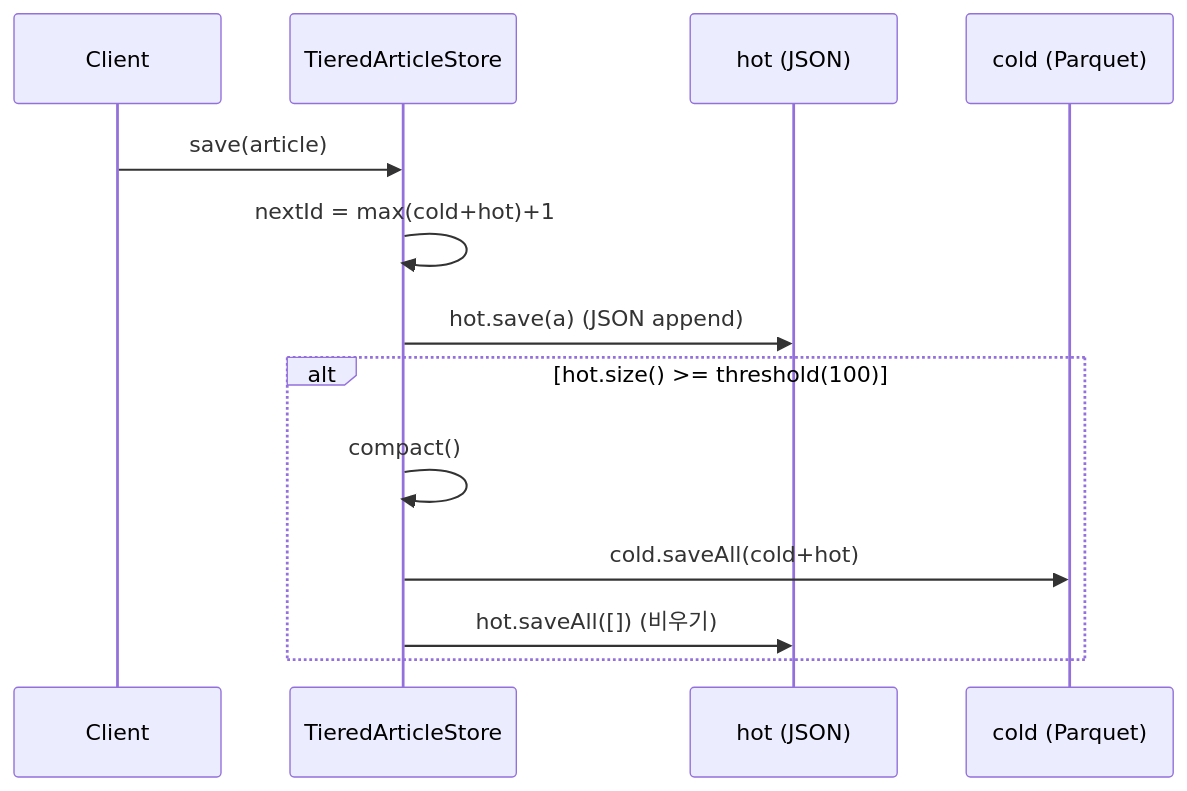
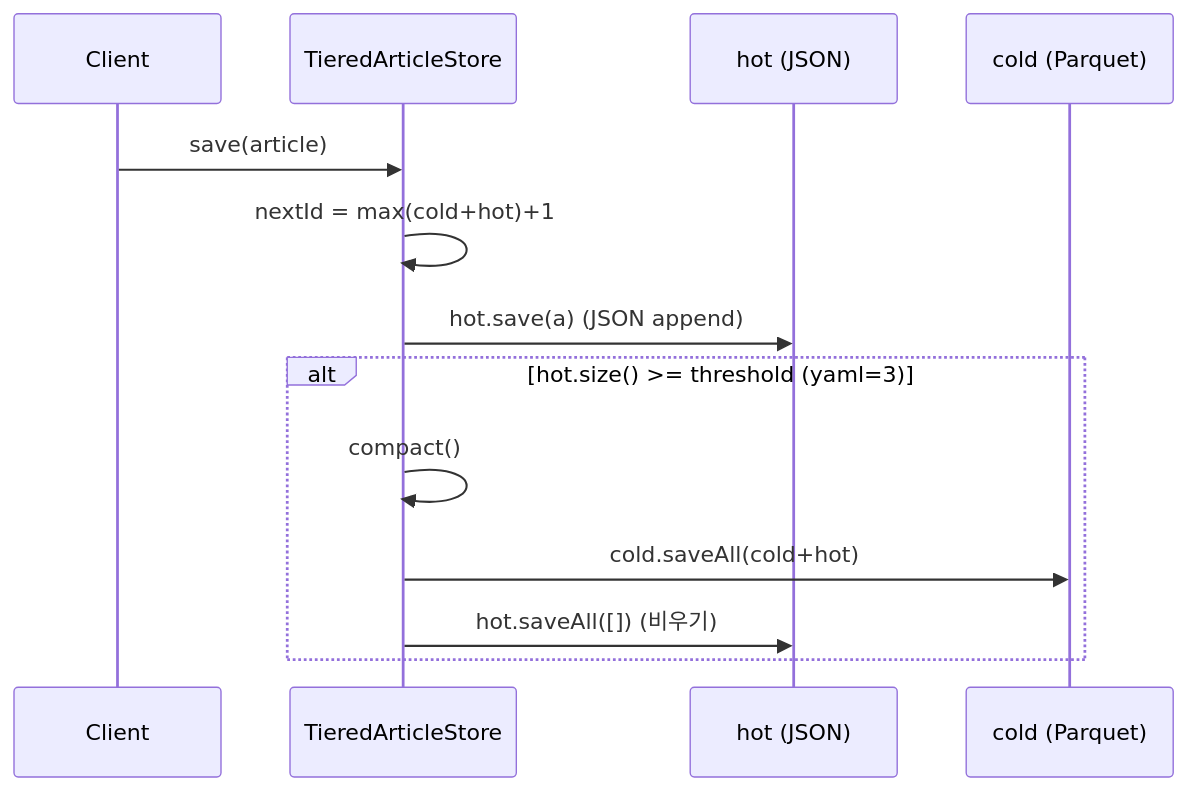
One commit to dea980/miniwatson_Veichle changed the second of 3 diagrams in docs/DEEP-DIVE-DATA-GOVERNANCE.md. Above: the diagram before and after it, drawn with Mermaid. The commit also changed other lines of this file and 35 other files, not shown here.

````diff
--- a/docs/DEEP-DIVE-DATA-GOVERNANCE.md
+++ b/docs/DEEP-DIVE-DATA-GOVERNANCE.md
@@ -68,15 +68,15 @@
 ```mermaid
 sequenceDiagram
     participant C as Client
     participant T as TieredArticleStore
     participant H as hot (JSON)
     participant K as cold (Parquet)
     C->>T: save(article)
     T->>T: nextId = max(cold+hot)+1
     T->>H: hot.save(a)  (JSON append)
-    alt hot.size() >= threshold(100)
+    alt hot.size() >= threshold (yaml=3)
         T->>T: compact()
         T->>K: cold.saveAll(cold+hot)
         T->>H: hot.saveAll([])  (비우기)
     end
 ```
````
